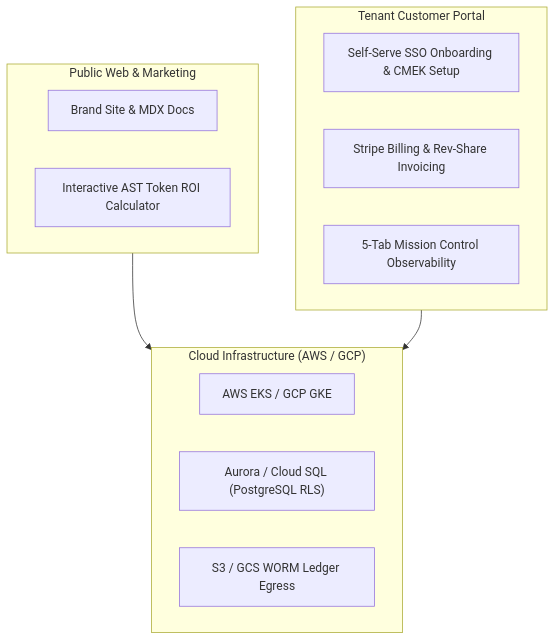
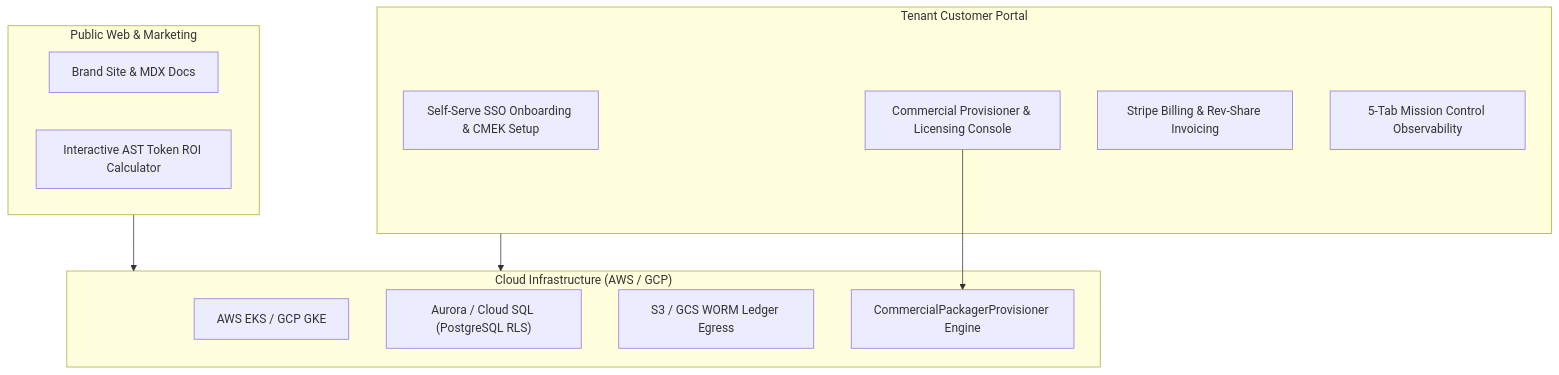
One commit to lakhwindersingh/nb_fairyfly changed the diagram in .nb/plan/l2/corp-site-saas-portal/concise.md. Above: the diagram before and after it, drawn with Mermaid. The commit also changed other lines of this file and 16 other files, not shown here.

````diff
--- a/.nb/plan/l2/corp-site-saas-portal/concise.md
+++ b/.nb/plan/l2/corp-site-saas-portal/concise.md
@@ -20,22 +21,25 @@
 ```mermaid
 graph TD
   subgraph Public_Web["Public Web & Marketing"]
     BrandPages["Brand Site & MDX Docs"]
     RoiCalculator["Interactive AST Token ROI Calculator"]
   end
 
   subgraph Customer_Portal["Tenant Customer Portal"]
     Onboarding["Self-Serve SSO Onboarding & CMEK Setup"]
+    CommercialConsole["Commercial Provisioner & Licensing Console"]
     BillingManagement["Stripe Billing & Rev-Share Invoicing"]
     DashboardTab["5-Tab Mission Control Observability"]
   end
 
   subgraph Cloud_Infrastructure["Cloud Infrastructure (AWS / GCP)"]
     K8sCluster["AWS EKS / GCP GKE"]
     DbCluster["Aurora / Cloud SQL (PostgreSQL RLS)"]
     WormStorage["S3 / GCS WORM Ledger Egress"]
+    PackagerCore["CommercialPackagerProvisioner Engine"]
   end
 
   Public_Web --> Cloud_Infrastructure
   Customer_Portal --> Cloud_Infrastructure
+  CommercialConsole --> PackagerCore
 ```
````
